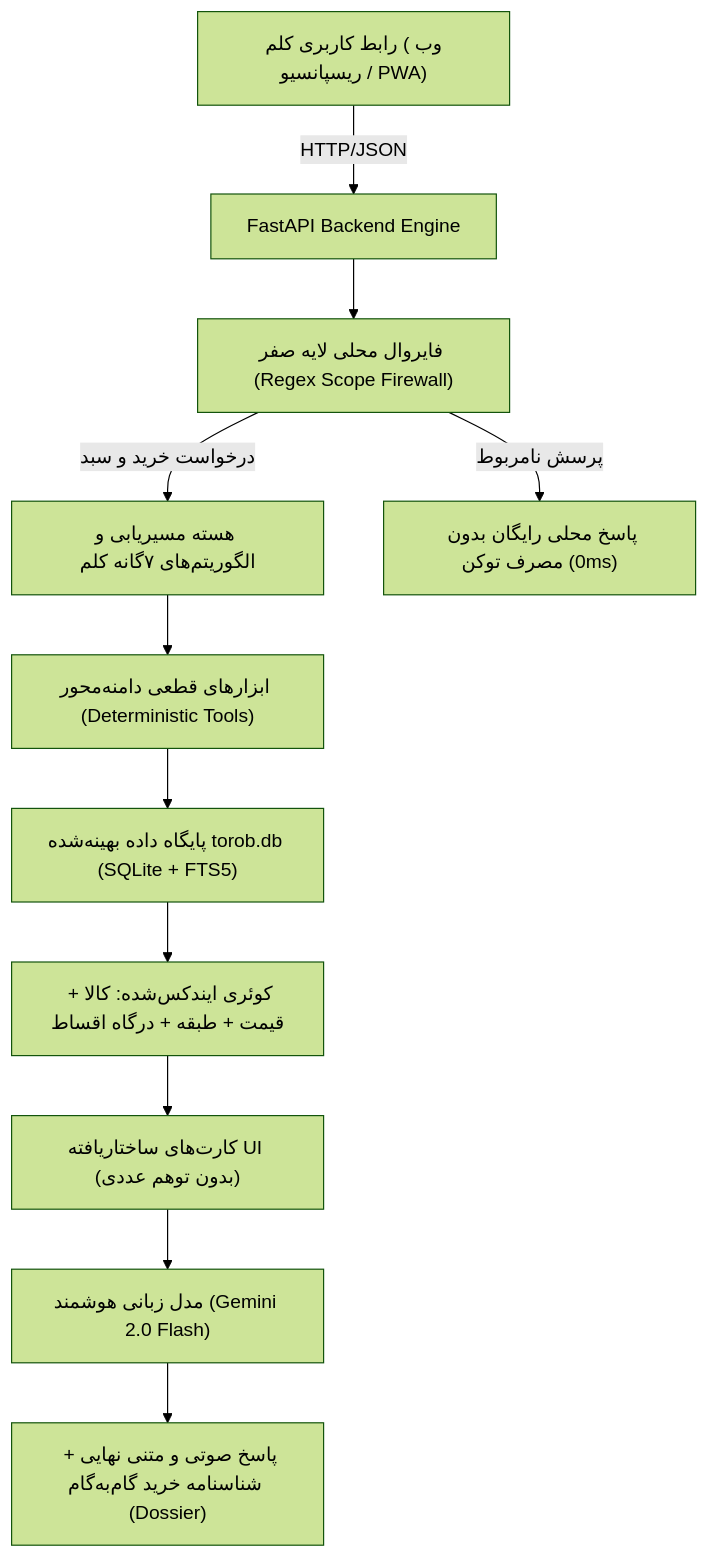
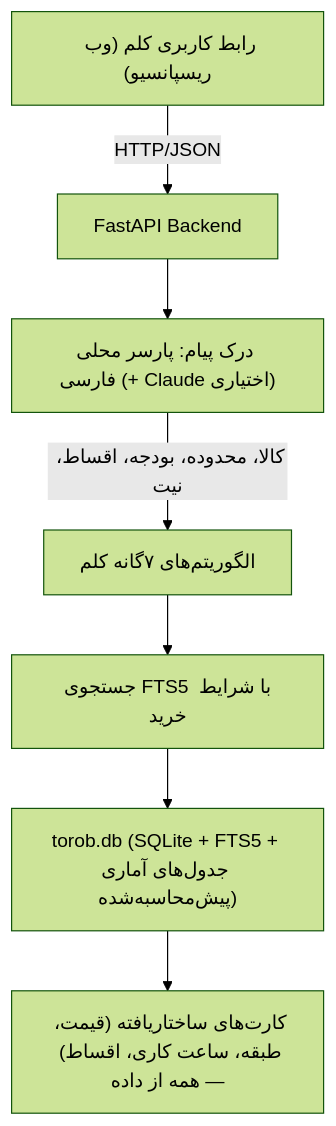
The diagram in WHITEPAPER.md (AlacrityAgency/kalam-torob), drawn with Mermaid (forest theme) before and after one commit. The commit also changed other lines of this file and 28 other files, not shown here.

````diff
--- a/WHITEPAPER.md
+++ b/WHITEPAPER.md
@@ -144,15 +146,9 @@
 ```mermaid
 graph TD
-    Client["رابط کاربری کلم (وب ریسپانسیو / PWA)"] --> |HTTP/JSON| API["FastAPI Backend Engine"]
-    API --> Layer0["فایروال محلی لایه صفر (Regex Scope Firewall)"]
-    Layer0 --> |درخواست خرید و سبد| Router["هسته مسیریابی و الگوریتم‌های ۷گانه کلم"]
-    Layer0 --> |پرسش نامربوط| Block["پاسخ محلی رایگان بدون مصرف توکن (0ms)"]
-    
-    Router --> Tools["ابزارهای قطعی دامنه‌محور (Deterministic Tools)"]
-    Tools --> SQLite["پایگاه داده بهینه‌شده torob.db (SQLite + FTS5)"]
-    SQLite --> JoinQuery["کوئری ایندکس‌شده: کالا + قیمت + طبقه + درگاه اقساط"]
-    
-    JoinQuery --> Formatter["کارت‌های ساختاریافته UI (بدون توهم عددی)"]
-    Formatter --> LLM["مدل زبانی هوشمند (Gemini 2.0 Flash)"]
-    LLM --> Synthesized["پاسخ صوتی و متنی نهایی + شناسنامه خرید گام‌به‌گام (Dossier)"]
+    Client["رابط کاربری کلم (وب ریسپانسیو)"] --> |HTTP/JSON| API["FastAPI Backend"]
+    API --> NLU["درک پیام: پارسر محلی فارسی (+ Claude اختیاری)"]
+    NLU --> |کالا، محدوده، بودجه، اقساط، نیت| Router["الگوریتم‌های ۷گانه کلم"]
+    Router --> Search["جستجوی FTS5 با شرایط خرید"]
+    Search --> SQLite["torob.db (SQLite + FTS5 + جدول‌های آماری پیش‌محاسبه‌شده)"]
+    SQLite --> Cards["کارت‌های ساختاریافته (قیمت، طبقه، ساعت کاری، اقساط) — همه از داده"]
 ```
````
